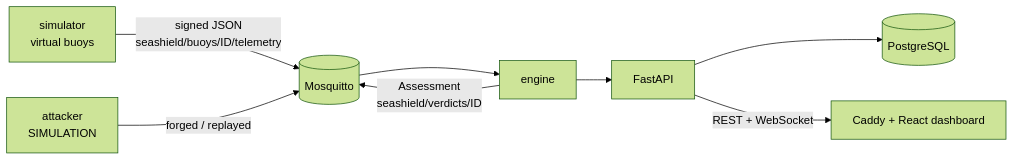
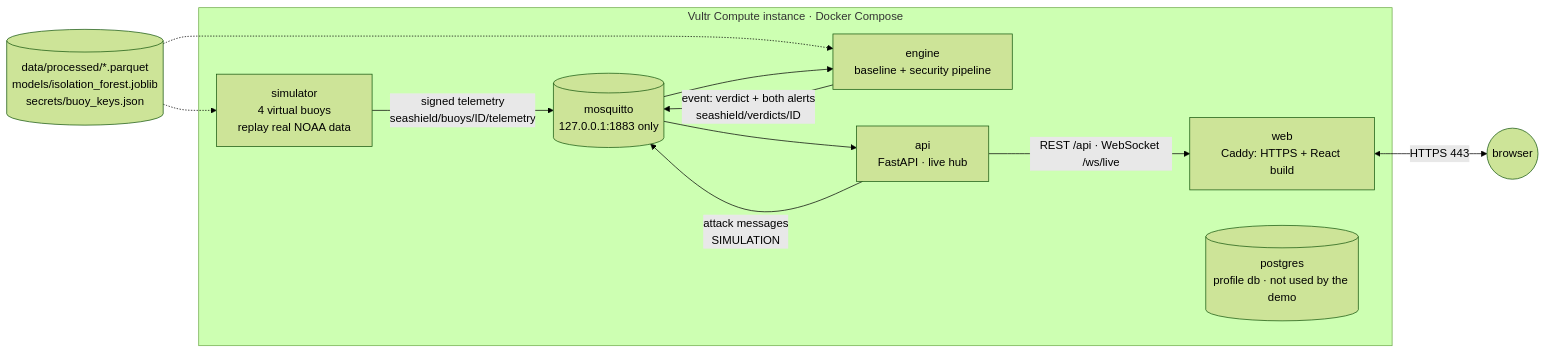
The first of 3 diagrams in docs/architecture.md (tahabenissa/hackathon-sea), drawn with Mermaid (forest theme) before and after one commit. The commit also changed other lines of this file and 11 other files, not shown here.

First line of the commit message:
Phase 5: neighbour check live; README submission page; architecture diagrams

````diff
--- a/docs/architecture.md
+++ b/docs/architecture.md
@@ -3,10 +8,23 @@
 ```mermaid
 flowchart LR
-    SIM[simulator<br/>virtual buoys] -->|signed JSON<br/>seashield/buoys/ID/telemetry| MQ[(Mosquitto)]
-    ATK[attacker<br/>SIMULATION] -->|forged / replayed| MQ
-    MQ --> ENG[engine]
-    ENG -->|Assessment<br/>seashield/verdicts/ID| MQ
-    ENG --> API[FastAPI]
-    API --> DB[(PostgreSQL)]
-    API -->|REST + WebSocket| WEB[Caddy + React dashboard]
+    subgraph VULTR[Vultr Compute instance · Docker Compose]
+        SIM[simulator<br/>4 virtual buoys<br/>replay real NOAA data]
+        MQ[(mosquitto<br/>127.0.0.1:1883 only)]
+        ENG[engine<br/>baseline + security pipeline]
+        API[api<br/>FastAPI · live hub]
+        WEB[web<br/>Caddy: HTTPS + React build]
+        PG[(postgres<br/>profile db · not used by the demo)]
+    end
+    DATA[(data/processed/*.parquet<br/>models/isolation_forest.joblib<br/>secrets/buoy_keys.json)]
+    USER((browser))
+
+    DATA -.-> SIM
+    DATA -.-> ENG
+    SIM -->|signed telemetry<br/>seashield/buoys/ID/telemetry| MQ
+    MQ --> ENG
+    ENG -->|event: verdict + both alerts<br/>seashield/verdicts/ID| MQ
+    MQ --> API
+    API -->|attack messages<br/>SIMULATION| MQ
+    API -->|REST /api · WebSocket /ws/live| WEB
+    WEB <-->|HTTPS 443| USER
 ```
````
